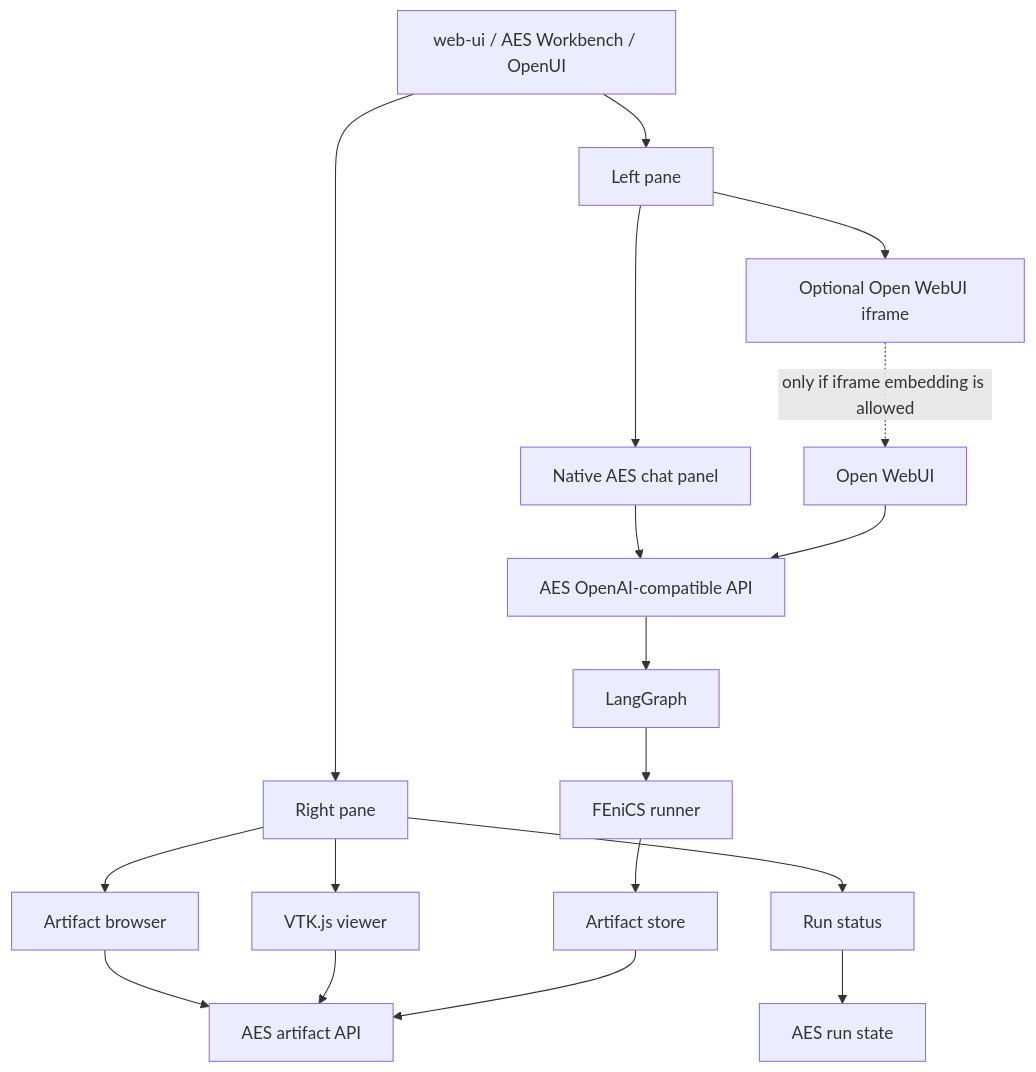
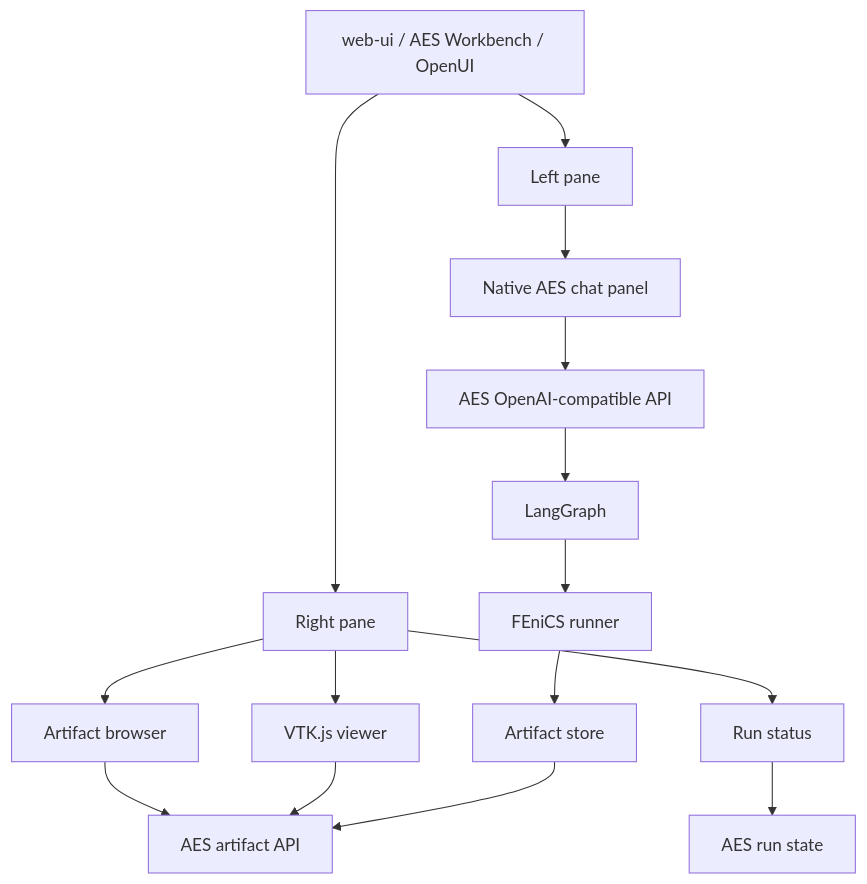
The fourth of 4 diagrams in docs/architecture.md (RadmirG/AES), drawn with Mermaid before and after one commit. The commit also changed other lines of this file and 19 other files, not shown here.

Commit message:
A switch from open-webui to web-ui frontend

````diff
--- a/docs/architecture.md
+++ b/docs/architecture.md
@@ -278,23 +271,20 @@
 ```mermaid
 flowchart TD
     A["web-ui / AES Workbench / OpenUI"] --> LP["Left pane"]
     A --> RP["Right pane"]
 
     LP --> B["Native AES chat panel"]
-    LP --> B2["Optional Open WebUI iframe"]
     RP --> C["Run status"]
     RP --> D["Artifact browser"]
     RP --> E["VTK.js viewer"]
 
     B --> F["AES OpenAI-compatible API"]
-    B2 -. "only if iframe embedding is allowed" .-> OW["Open WebUI"]
-    OW --> F
     C --> G["AES run state"]
     D --> H["AES artifact API"]
     E --> H
 
     F --> I["LangGraph"]
     I --> J["FEniCS runner"]
     J --> K["Artifact store"]
     K --> H
 ```
````
